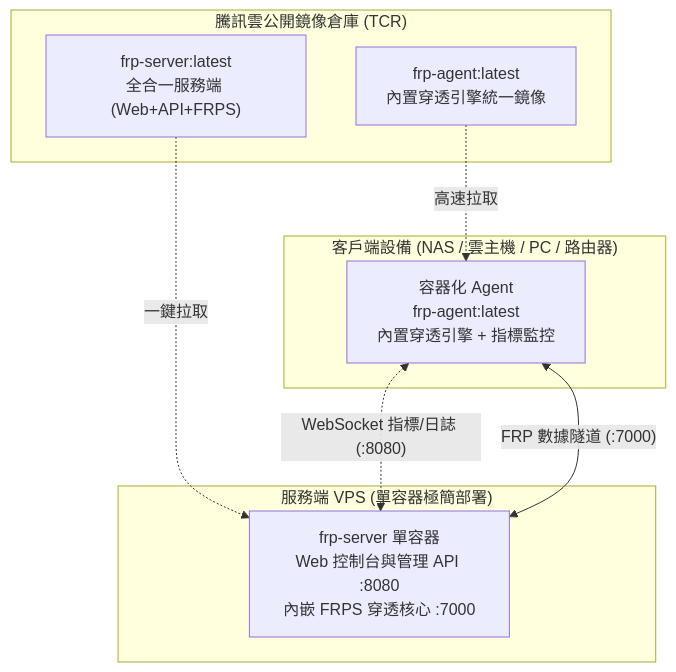
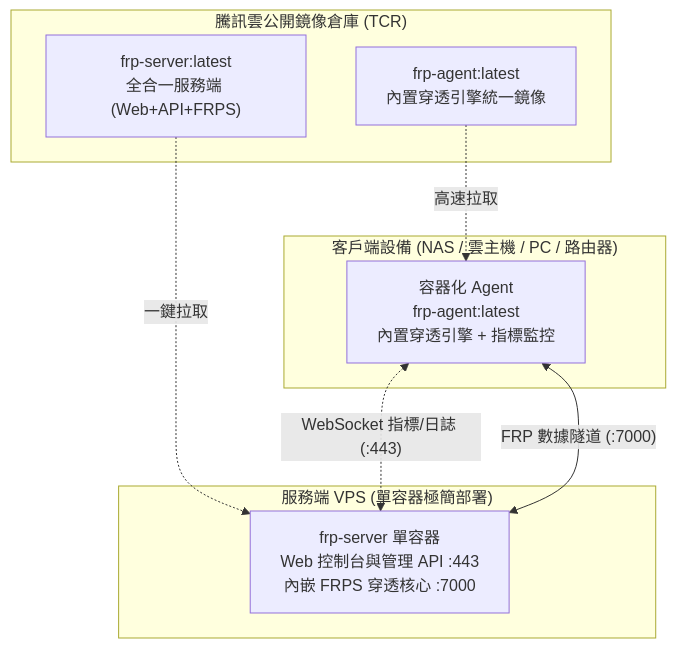
One commit to newbietan/FRP-ALL-IN-ONE changed the diagram in README.zh-TW.md. Above: the diagram before and after it, drawn with Mermaid. The commit also changed other lines of this file and 41 other files, not shown here.

````diff
--- a/README.zh-TW.md
+++ b/README.zh-TW.md
@@ -73,21 +75,21 @@
 ```mermaid
 flowchart TB
     subgraph TCR["騰訊雲公開鏡像倉庫 (TCR)"]
         SERVER_IMG["frp-server:latest<br/>全合一服務端 (Web+API+FRPS)"]
         AGENT_IMG["frp-agent:latest<br/>內置穿透引擎統一鏡像"]
     end
 
     subgraph Server["服務端 VPS (單容器極簡部署)"]
-        SingleServer["frp-server 單容器<br/>Web 控制台與管理 API :8080<br/>內嵌 FRPS 穿透核心 :7000"]
+        SingleServer["frp-server 單容器<br/>Web 控制台與管理 API :443<br/>內嵌 FRPS 穿透核心 :7000"]
     end
 
     subgraph Clients["客戶端設備 (NAS / 雲主機 / PC / 路由器)"]
         DockerClient["容器化 Agent<br/>frp-agent:latest<br/>內置穿透引擎 + 指標監控"]
     end
 
     SERVER_IMG -.->|"一鍵拉取"| SingleServer
     AGENT_IMG -.->|"高速拉取"| DockerClient
 
-    DockerClient <-.->|"WebSocket 指標/日誌 (:8080)"| SingleServer
+    DockerClient <-.->|"WebSocket 指標/日誌 (:443)"| SingleServer
     DockerClient <-->|"FRP 數據隧道 (:7000)"| SingleServer
 ```
````
